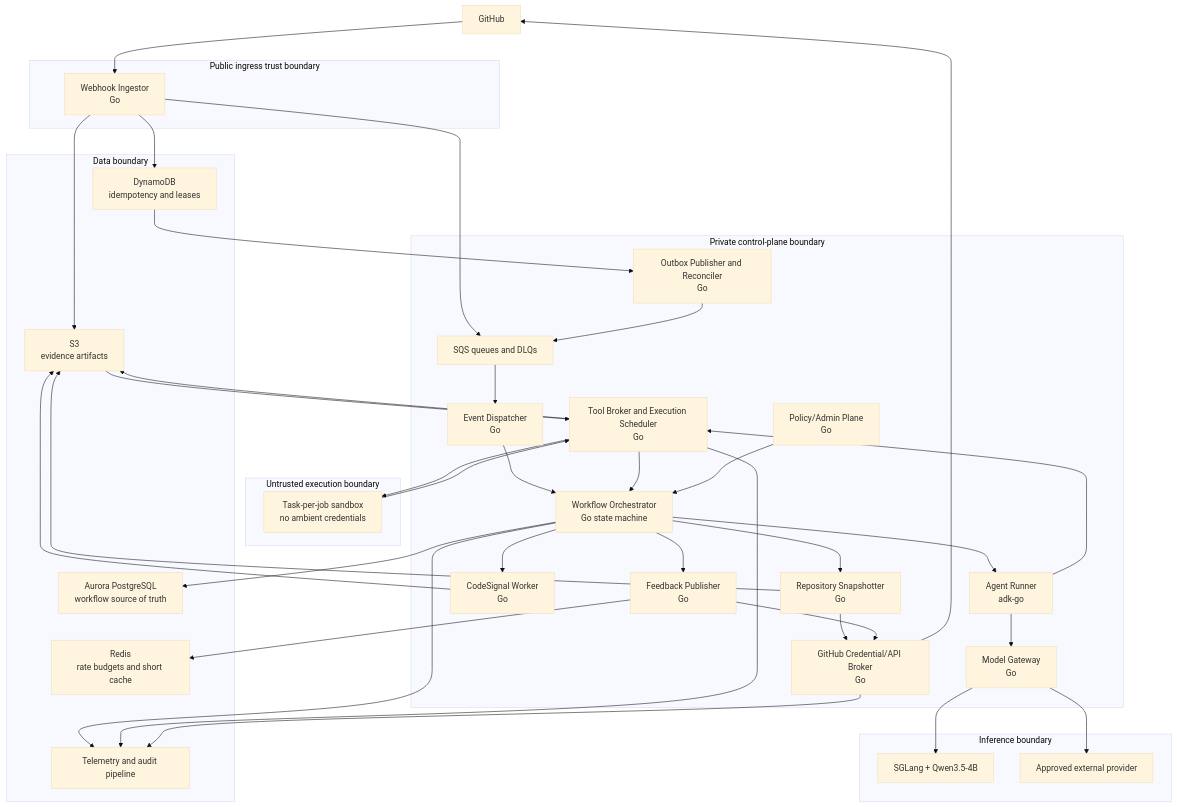
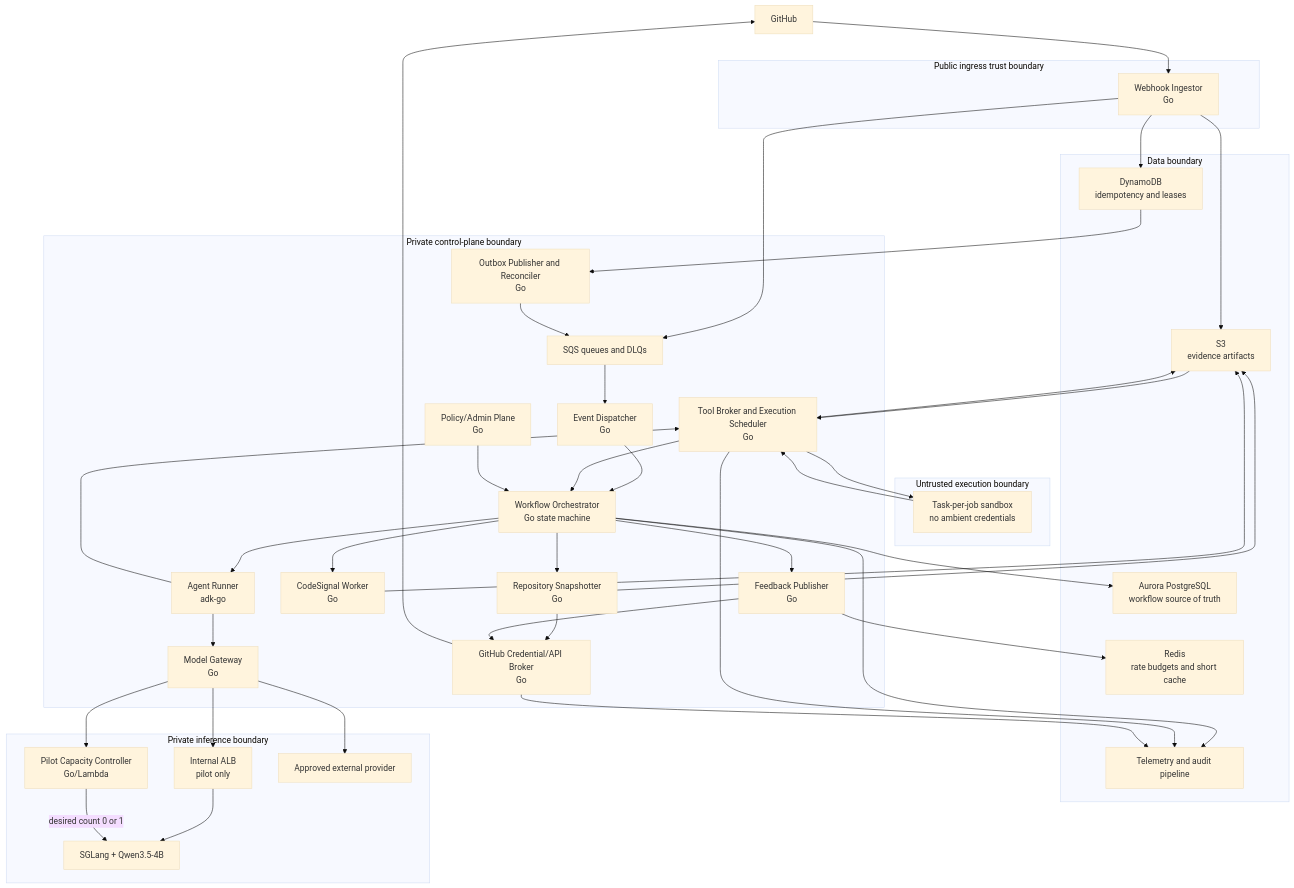
One commit to lousy-agents/coach changed the second of 14 diagrams in docs/architecture/system-overview.md. Above: the diagram before and after it, drawn with Mermaid (base theme). The commit also changed other lines of this file, not shown here.

First line of the commit message:
chore(docs): enhance system overview with pilot inference details

````diff
--- a/docs/architecture/system-overview.md
+++ b/docs/architecture/system-overview.md
@@ -76,61 +77,65 @@
 ```mermaid
 flowchart TB
     GH["GitHub"]
     subgraph Public["Public ingress trust boundary"]
         Ingest["Webhook Ingestor<br/>Go"]
     end
     subgraph Control["Private control-plane boundary"]
         Queue["SQS queues and DLQs"]
         Outbox["Outbox Publisher and Reconciler<br/>Go"]
         Dispatch["Event Dispatcher<br/>Go"]
         Workflow["Workflow Orchestrator<br/>Go state machine"]
         Fetch["Repository Snapshotter<br/>Go"]
         Signal["CodeSignal Worker<br/>Go"]
         Agent["Agent Runner<br/>adk-go"]
         ToolBroker["Tool Broker and Execution Scheduler<br/>Go"]
         GHBroker["GitHub Credential/API Broker<br/>Go"]
         Gateway["Model Gateway<br/>Go"]
         Delivery["Feedback Publisher<br/>Go"]
         Policy["Policy/Admin Plane<br/>Go"]
     end
     subgraph Execute["Untrusted execution boundary"]
         Sandbox["Task-per-job sandbox<br/>no ambient credentials"]
     end
     subgraph Data["Data boundary"]
         DDB["DynamoDB<br/>idempotency and leases"]
         PG["Aurora PostgreSQL<br/>workflow source of truth"]
         S3["S3<br/>evidence artifacts"]
         Redis["Redis<br/>rate budgets and short cache"]
         Audit["Telemetry and audit pipeline"]
     end
-    subgraph Inference["Inference boundary"]
+    subgraph Inference["Private inference boundary"]
+        Capacity["Pilot Capacity Controller<br/>Go/Lambda"]
+        ModelALB["Internal ALB<br/>pilot only"]
         SGLang["SGLang + Qwen3.5-4B"]
         External["Approved external provider"]
     end
     GH --> Ingest
     Ingest --> S3
     Ingest --> DDB
     Ingest --> Queue
     DDB --> Outbox --> Queue
     Queue --> Dispatch --> Workflow
     Workflow --> Fetch --> GHBroker --> GH
     Fetch --> S3
     Workflow --> Signal
     Workflow --> Agent --> Gateway
     Agent --> ToolBroker
     ToolBroker --> Sandbox
     Sandbox --> ToolBroker
     ToolBroker --> S3
     S3 --> ToolBroker
     ToolBroker --> Workflow
-    Gateway --> SGLang
+    Gateway --> Capacity
+    Gateway --> ModelALB --> SGLang
+    Capacity -->|desired count 0 or 1| SGLang
     Gateway --> External
     Workflow --> Delivery --> GHBroker
     Workflow --> PG
     Signal --> S3
     Delivery --> Redis
     Policy --> Workflow
     Workflow --> Audit
     ToolBroker --> Audit
     GHBroker --> Audit
 ```
````
